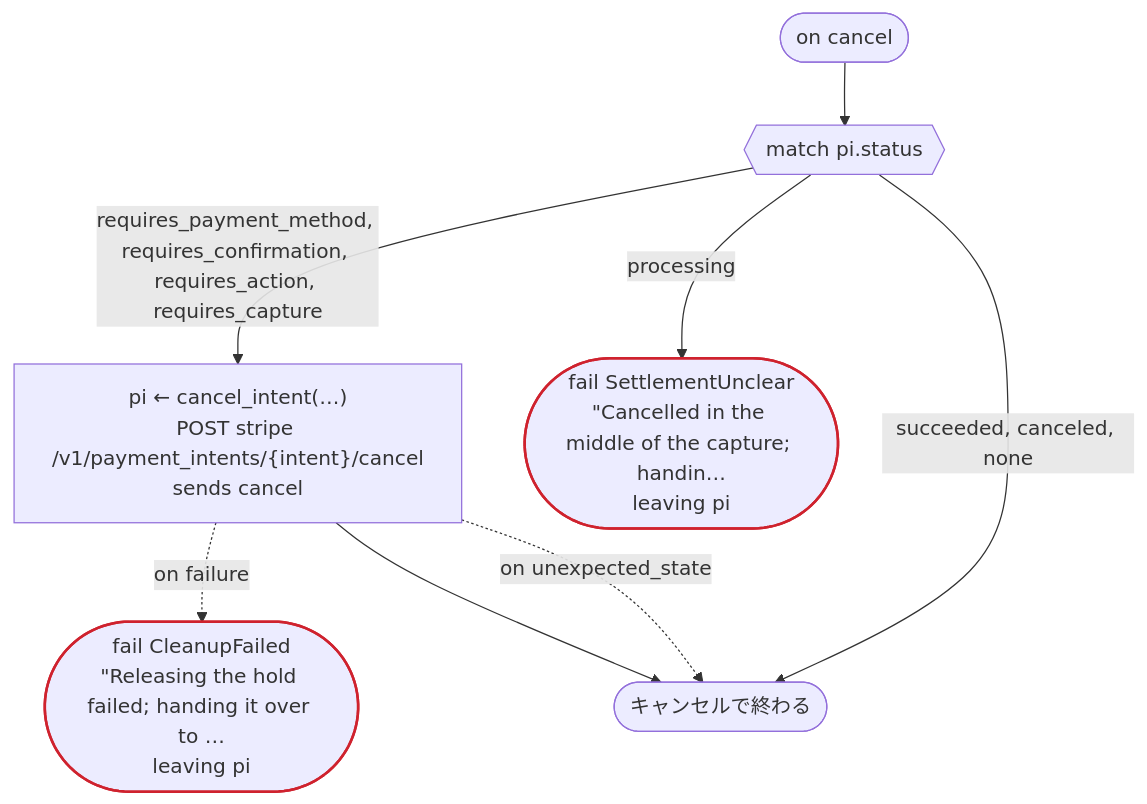
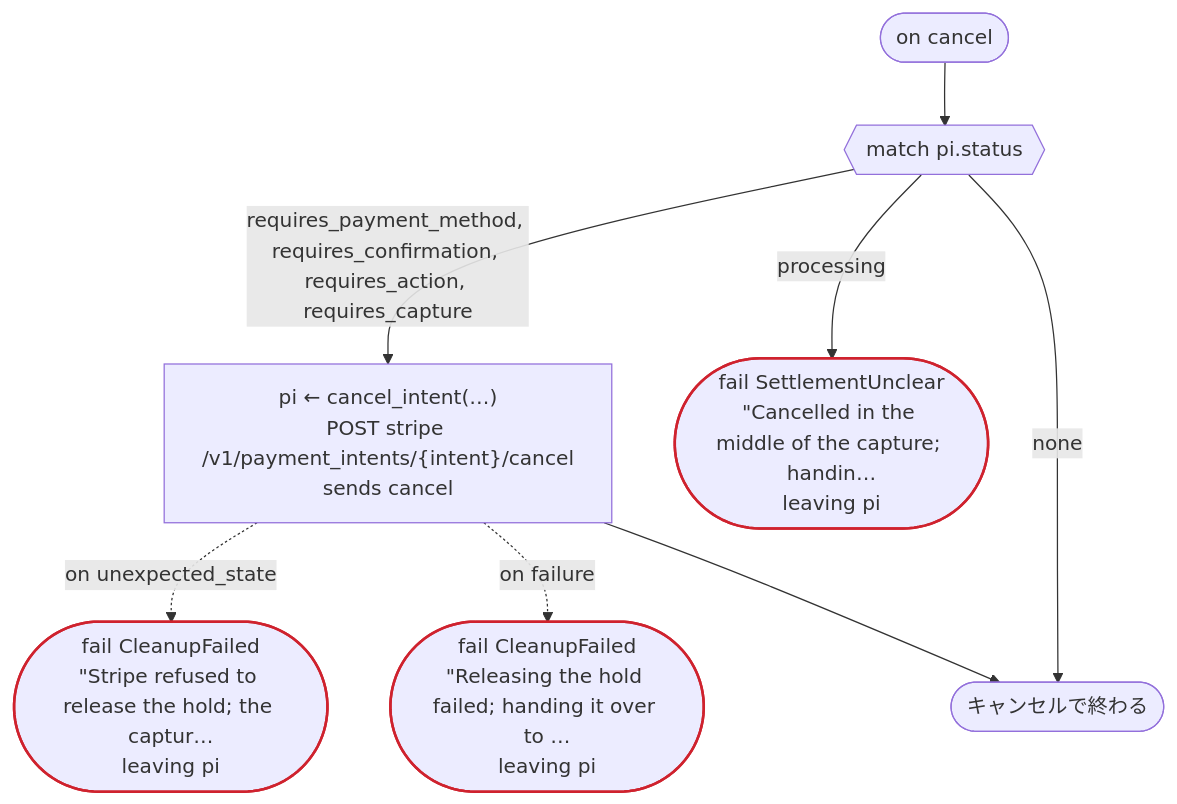
Before and after one commit to i2y/ritsu: the third of 4 diagrams in crates/dandori/tests/doc/examples-hotel-temporal-hotel.ja.md, drawn with Mermaid. The commit also changed other lines of this file and 57 other files, not shown here.

````diff
--- a/crates/dandori/tests/doc/examples-hotel-temporal-hotel.ja.md
+++ b/crates/dandori/tests/doc/examples-hotel-temporal-hotel.ja.md
@@ -106,19 +107,20 @@
 ```mermaid
 flowchart TD
     onc(["on cancel"])
     s36{{"match pi.status"}}
     s38["pi ← cancel_intent(…)<br>POST stripe /v1/payment_intents/{intent}/cancel<br>sends cancel"]
+    s39(["fail CleanupFailed<br>#quot;Stripe refused to release the hold; the captur…<br>leaving pi"])
     s40(["fail CleanupFailed<br>#quot;Releasing the hold failed; handing it over to …<br>leaving pi"])
     s41(["fail SettlementUnclear<br>#quot;Cancelled in the middle of the capture; handin…<br>leaving pi"])
     oncEnd(["キャンセルで終わる"])
     onc --> s36
     s36 -->|"requires_payment_method, requires_confirmation, requires_action, requires_capture"| s38
+    s38 -.->|"on unexpected_state"| s39
     s38 -.->|"on failure"| s40
     s36 -->|"processing"| s41
-    s36 -->|"succeeded, canceled, none"| oncEnd
+    s36 -->|"none"| oncEnd
     s38 --> oncEnd
-    s38 -.->|"on unexpected_state"| oncEnd
     classDef ok stroke:#2da44e,stroke-width:2px
     classDef bad stroke:#cf222e,stroke-width:2px
-    class s40,s41 bad
+    class s39,s40,s41 bad
 ```
````
